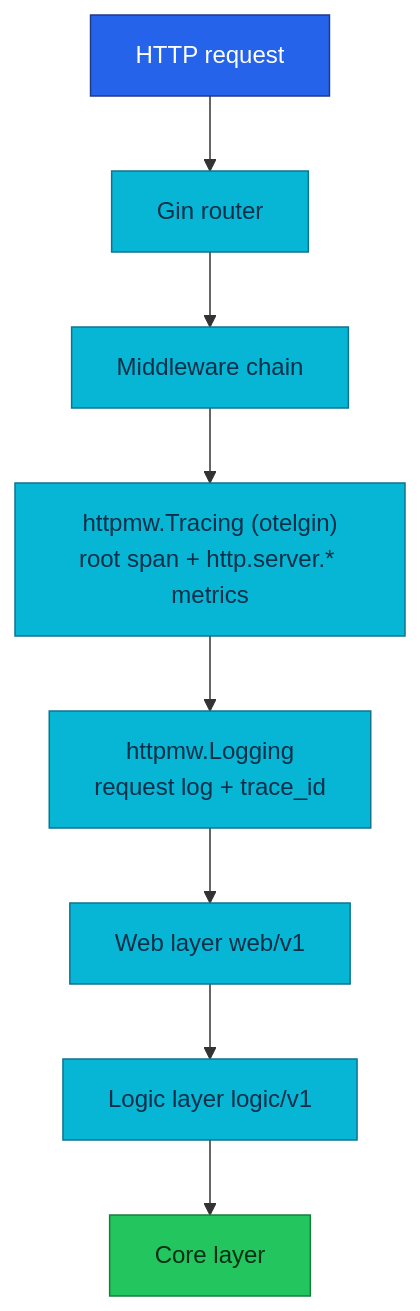
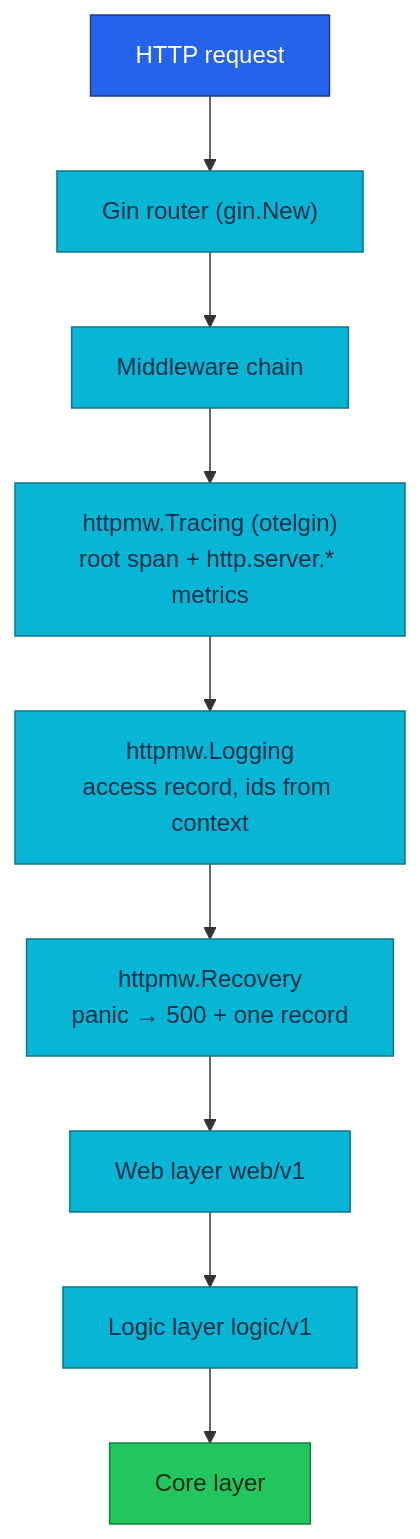
One commit to duynhlab/homelab changed the first of 3 diagrams in docs/api/observability.md. Above: the diagram before and after it, drawn with Mermaid. The commit also changed other lines of this file and 10 other files, not shown here.

````diff
--- a/docs/api/observability.md
+++ b/docs/api/observability.md
@@ -252,16 +282,17 @@
 ```mermaid
 graph TD
-    A["HTTP request"] --> B["Gin router"]
+    A["HTTP request"] --> B["Gin router (gin.New)"]
     B --> C["Middleware chain"]
     C --> D["httpmw.Tracing (otelgin)<br/>root span + http.server.* metrics"]
-    D --> E["httpmw.Logging<br/>request log + trace_id"]
-    E --> H["Web layer web/v1"]
+    D --> E["httpmw.Logging<br/>access record, ids from context"]
+    E --> R["httpmw.Recovery<br/>panic → 500 + one record"]
+    R --> H["Web layer web/v1"]
     H --> L["Logic layer logic/v1"]
     L --> O["Core layer"]
     classDef edge fill:#2563eb,color:#fff,stroke:#1e3a8a;
     classDef service fill:#06b6d4,color:#082f49,stroke:#0e7490;
     classDef data fill:#22c55e,color:#052e16,stroke:#15803d;
     class A edge;
-    class B,C,D,E,H,L service;
+    class B,C,D,E,R,H,L service;
     class O data;
 ```
````
